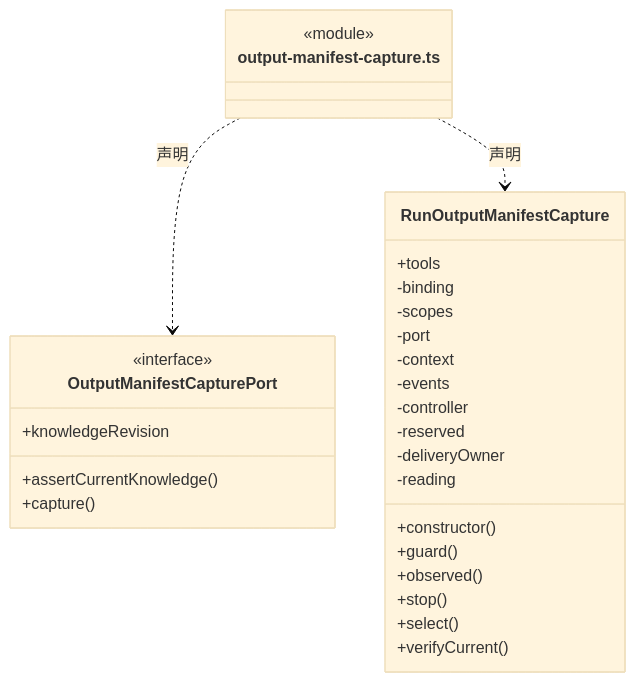
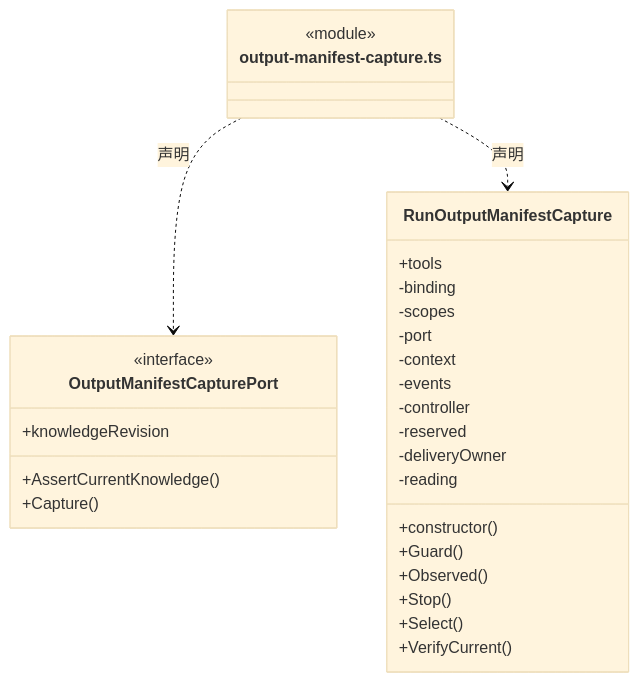
Before and after one commit to nan023062/cbim: the fifth of 18 diagrams in src/logic/execution/rules/capabilities/ARCHITECTURE.md, drawn with Mermaid (base theme). The commit also changed other lines of this file and 1035 other files, not shown here.

````diff
--- a/src/logic/execution/rules/capabilities/ARCHITECTURE.md
+++ b/src/logic/execution/rules/capabilities/ARCHITECTURE.md
@@ -128,32 +128,32 @@
 ```mermaid
 classDiagram
 class N_src_logic_execution_rules_capabilities_output_manifest_capture_ts["output-manifest-capture.ts"] {
   <<module>>
 }
 class N_src_logic_execution_rules_capabilities_output_manifest_capture_ts_OutputManifestCapturePort["OutputManifestCapturePort"] {
   <<interface>>
   +knowledgeRevision
-  +assertCurrentKnowledge()
-  +capture()
+  +AssertCurrentKnowledge()
+  +Capture()
 }
 N_src_logic_execution_rules_capabilities_output_manifest_capture_ts ..> N_src_logic_execution_rules_capabilities_output_manifest_capture_ts_OutputManifestCapturePort : 声明
 class N_src_logic_execution_rules_capabilities_output_manifest_capture_ts_RunOutputManifestCapture["RunOutputManifestCapture"] {
   +tools
   +constructor()
-  +guard()
-  +observed()
-  +stop()
-  +select()
-  +verifyCurrent()
+  +Guard()
+  +Observed()
+  +Stop()
+  +Select()
+  +VerifyCurrent()
   -binding
   -scopes
   -port
   -context
   -events
   -controller
   -reserved
   -deliveryOwner
   -reading
 }
 N_src_logic_execution_rules_capabilities_output_manifest_capture_ts ..> N_src_logic_execution_rules_capabilities_output_manifest_capture_ts_RunOutputManifestCapture : 声明
 ```
````
